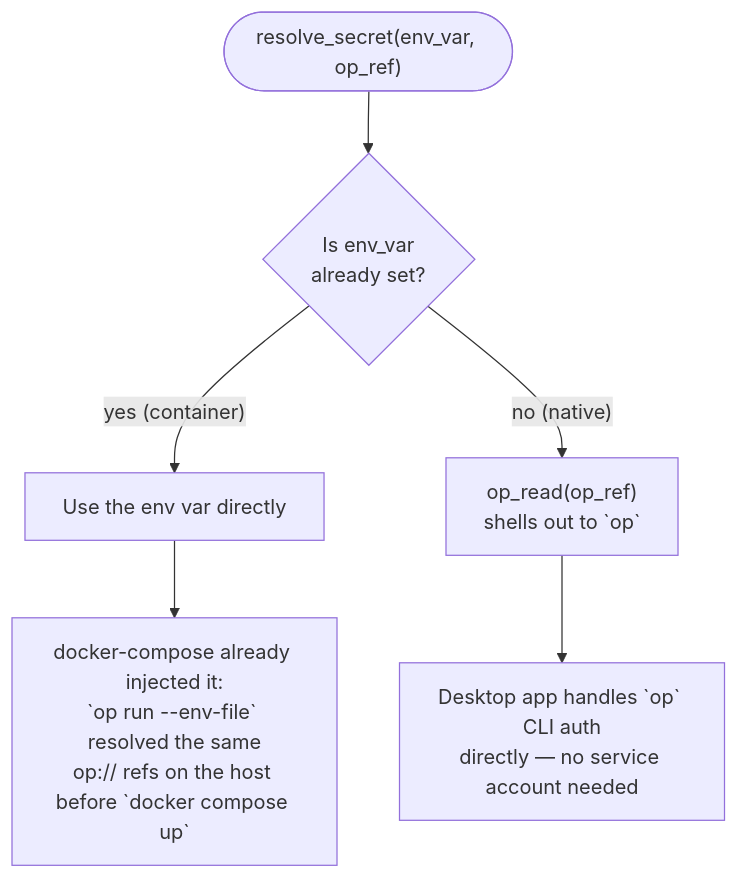
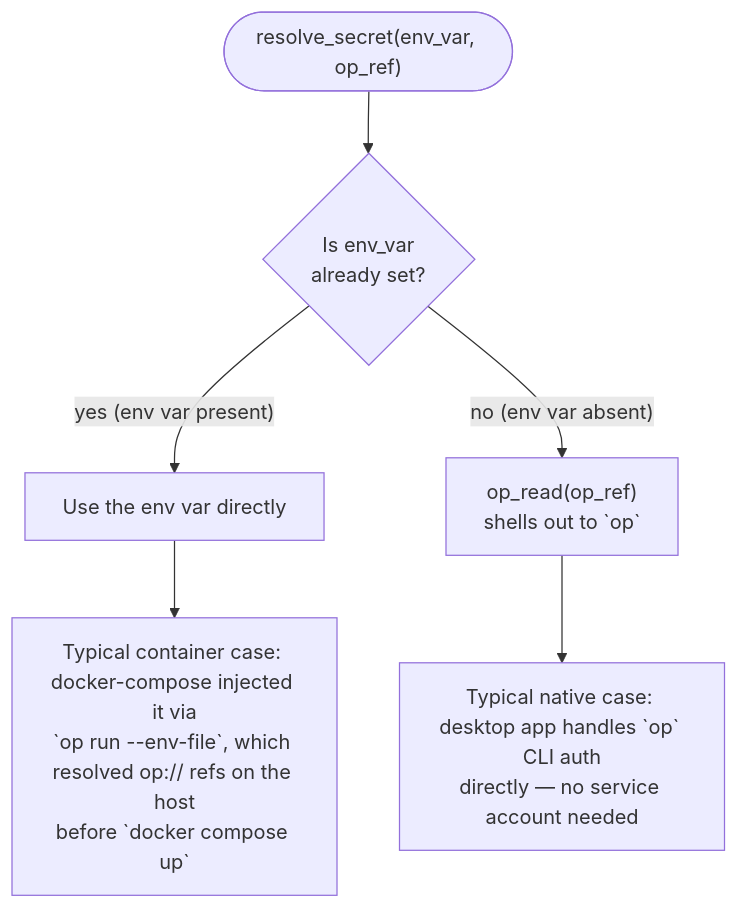
Before and after one commit to s1nack-dev/media-2-obsidian: the seventh of 7 diagrams in docs/architecture.md, drawn with Mermaid. The commit also changed other lines of this file, not shown here.

First line of the commit message:
fix: correct architecture diagrams and secrets documentation

````diff
--- a/docs/architecture.md
+++ b/docs/architecture.md
@@ -289,9 +293,9 @@
 ```mermaid
 flowchart TD
     start(["resolve_secret(env_var, op_ref)"]) --> check{"Is env_var<br/>already set?"}
-    check -- "yes (container)" --> containerPath["Use the env var directly"]
-    check -- "no (native)" --> nativePath["op_read(op_ref)<br/>shells out to `op`"]
+    check -- "yes (env var present)" --> envPath["Use the env var directly"]
+    check -- "no (env var absent)" --> opPath["op_read(op_ref)<br/>shells out to `op`"]
 
-    containerPath --> note1["docker-compose already injected it:<br/>`op run --env-file` resolved the same<br/>op:// refs on the host before `docker compose up`"]
-    nativePath --> note2["Desktop app handles `op` CLI auth<br/>directly — no service account needed"]
+    envPath --> note1["Typical container case: docker-compose injected it via<br/>`op run --env-file`, which resolved op:// refs on the host<br/>before `docker compose up`"]
+    opPath --> note2["Typical native case: desktop app handles `op` CLI auth<br/>directly — no service account needed"]
 ```
````
